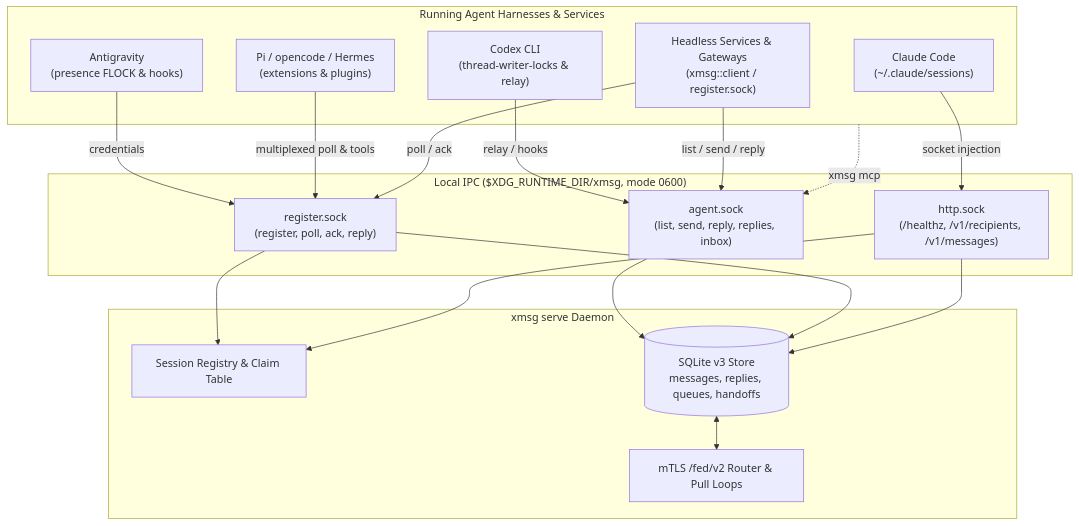
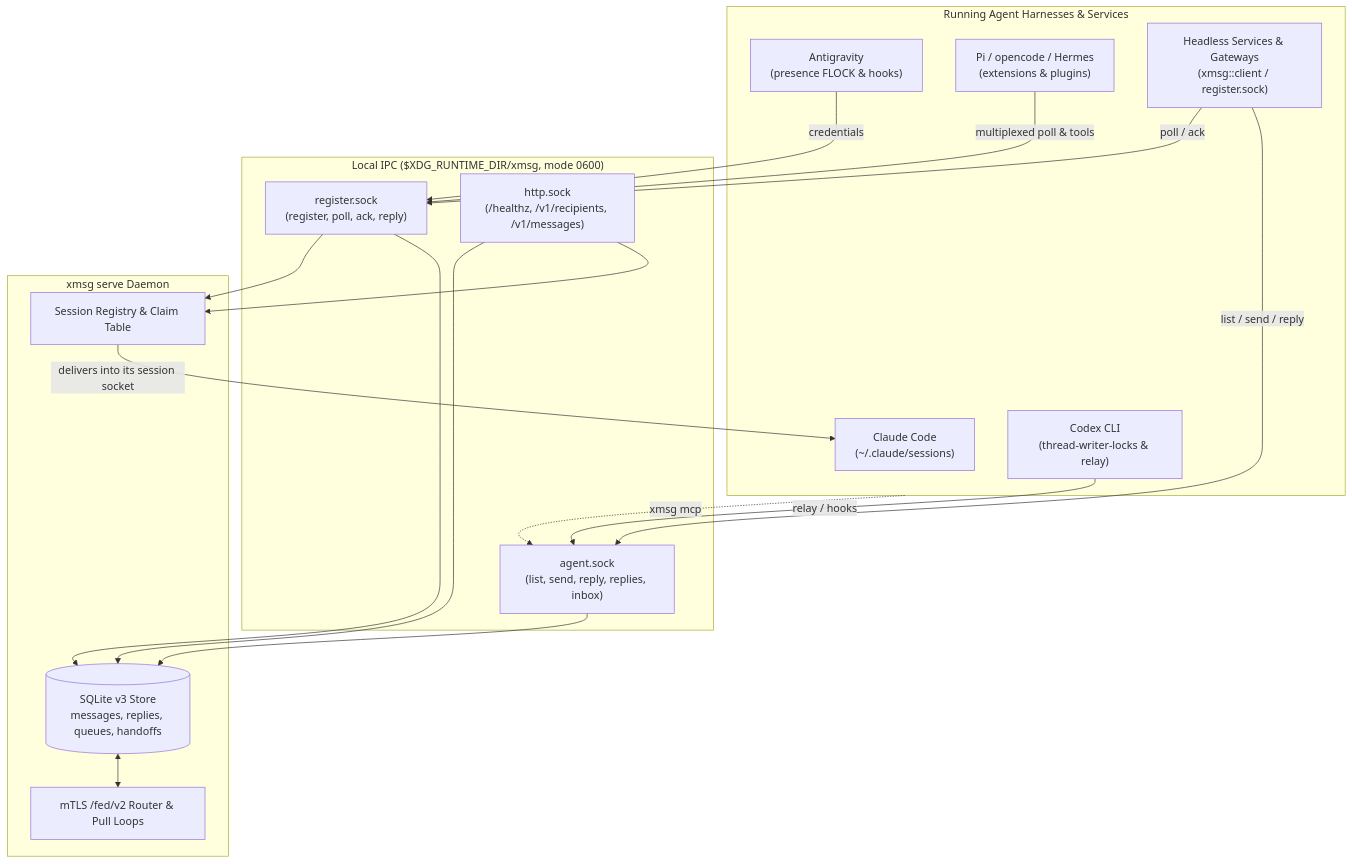
Before and after one commit to sini/xmsg: the diagram in docs/src/content/docs/architecture.mdx, drawn with Mermaid. The commit also changed 1 other file, not shown here.

Commit message:
docs: fix the architecture delivery arrow and the redactor order

````diff
--- a/docs/src/content/docs/architecture.mdx
+++ b/docs/src/content/docs/architecture.mdx
@@ -22,37 +22,37 @@
 ```mermaid
 flowchart TD
   subgraph Harnesses["Running Agent Harnesses & Services"]
     Claude["Claude Code<br/>(~/.claude/sessions)"]
     Codex["Codex CLI<br/>(thread-writer-locks & relay)"]
     Agy["Antigravity<br/>(presence FLOCK & hooks)"]
     Plugins["Pi / opencode / Hermes<br/>(extensions & plugins)"]
     Svc["Headless Services & Gateways<br/>(xmsg::client / register.sock)"]
   end
 
   subgraph IPC["Local IPC ($XDG_RUNTIME_DIR/xmsg, mode 0600)"]
     AgentSock["agent.sock<br/>(list, send, reply, replies, inbox)"]
     RegisterSock["register.sock<br/>(register, poll, ack, reply)"]
     HttpSock["http.sock<br/>(/healthz, /v1/recipients, /v1/messages)"]
   end
 
   subgraph Daemon["xmsg serve Daemon"]
     Registry["Session Registry & Claim Table"]
     Store[("SQLite v3 Store<br/>messages, replies, queues, handoffs")]
     Fed["mTLS /fed/v2 Router & Pull Loops"]
   end
 
-  Claude -->|socket injection| HttpSock
+  Registry -->|"delivers into its session socket"| Claude
   Codex -->|relay / hooks| AgentSock
   Agy -->|credentials| RegisterSock
   Plugins -->|multiplexed poll & tools| RegisterSock
   Svc -->|poll / ack| RegisterSock
   Svc -->|list / send / reply| AgentSock
   Harnesses -.->|xmsg mcp| AgentSock
 
   AgentSock --> Store
   RegisterSock --> Registry
   RegisterSock --> Store
   HttpSock --> Store
   HttpSock --> Registry
   Store <--> Fed
 ```
````
